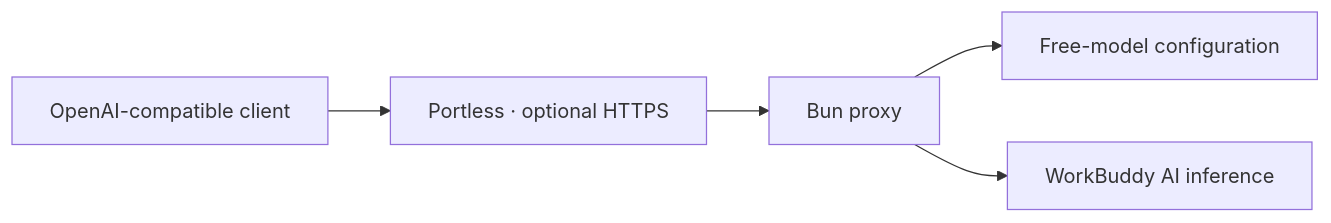
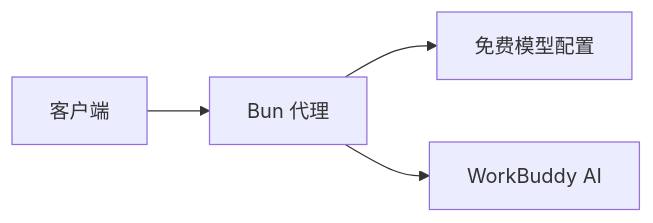
The diagram in README.md (RoggeOhta/workbuddy-proxy), drawn with Mermaid before and after one commit. The commit also changed other lines of this file, not shown here.

````diff
--- a/README.md
+++ b/README.md
@@ -155,7 +119,6 @@
 ```mermaid
 flowchart LR
-    Client[OpenAI-compatible client] --> HTTPS[Portless · optional HTTPS]
-    HTTPS --> Proxy[Bun proxy]
-    Proxy --> Config[Free-model configuration]
-    Proxy --> Model[WorkBuddy AI inference]
+    Client[客户端] --> Proxy[Bun 代理]
+    Proxy --> Config[免费模型配置]
+    Proxy --> Model[WorkBuddy AI]
 ```
````
